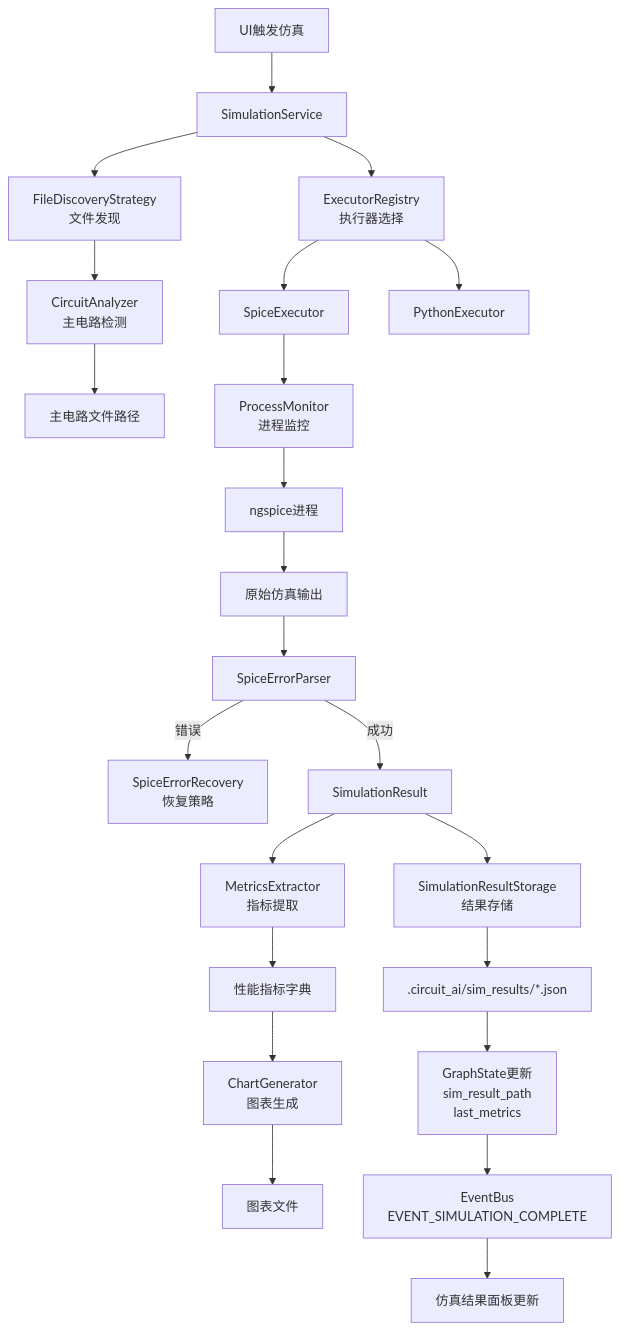
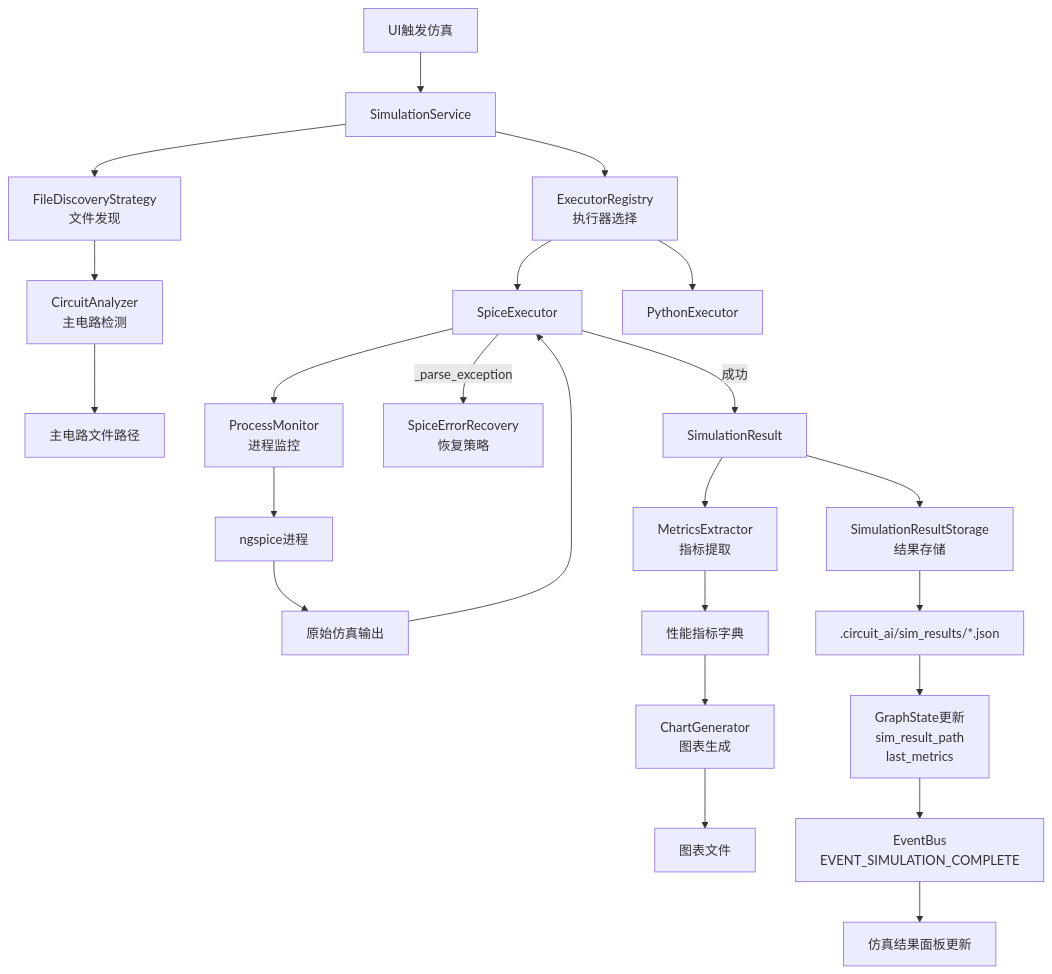
One commit to Wendystar0628/Circuit-Design-AI-Assistant changed the seventh of 43 diagrams in 开发阶段/项目架构图.md. Above: the diagram before and after it, drawn with Mermaid. The commit also changed other lines of this file and 2 other files, not shown here.

Commit message:
refactor: integrate error parsing into SpiceExecutor, remove SpiceErrorParser design

````diff
--- a/开发阶段/项目架构图.md
+++ b/开发阶段/项目架构图.md
@@ -403,34 +403,34 @@
 ```mermaid
 flowchart TB
     UI[UI触发仿真] --> SS[SimulationService]
     
     SS --> FD[FileDiscoveryStrategy<br/>文件发现]
     FD --> CA[CircuitAnalyzer<br/>主电路检测]
     CA --> MC[主电路文件路径]
     
     SS --> ER[ExecutorRegistry<br/>执行器选择]
     ER --> SE[SpiceExecutor]
     ER --> PE[PythonExecutor]
     
     SE --> PM[ProcessMonitor<br/>进程监控]
     PM --> NG[ngspice进程]
     NG --> RAW[原始仿真输出]
     
-    RAW --> SEP[SpiceErrorParser]
-    SEP -->|错误| SER[SpiceErrorRecovery<br/>恢复策略]
-    SEP -->|成功| SR[SimulationResult]
+    RAW --> SE
+    SE -->|_parse_exception| SER[SpiceErrorRecovery<br/>恢复策略]
+    SE -->|成功| SR[SimulationResult]
     
     SR --> ME[MetricsExtractor<br/>指标提取]
     ME --> METRICS[性能指标字典]
     
     METRICS --> CG[ChartGenerator<br/>图表生成]
     CG --> CHARTS[图表文件]
     
     SR --> SRS[SimulationResultStorage<br/>结果存储]
     SRS --> FILE[.circuit_ai/sim_results/*.json]
     
     FILE --> GS[GraphState更新<br/>sim_result_path<br/>last_metrics]
     
     GS --> EB[EventBus<br/>EVENT_SIMULATION_COMPLETE]
     EB --> PANEL[仿真结果面板更新]
 ```
````
